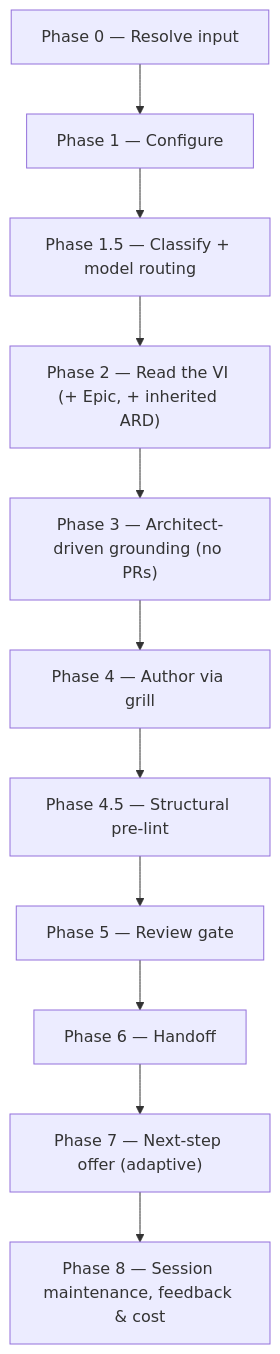
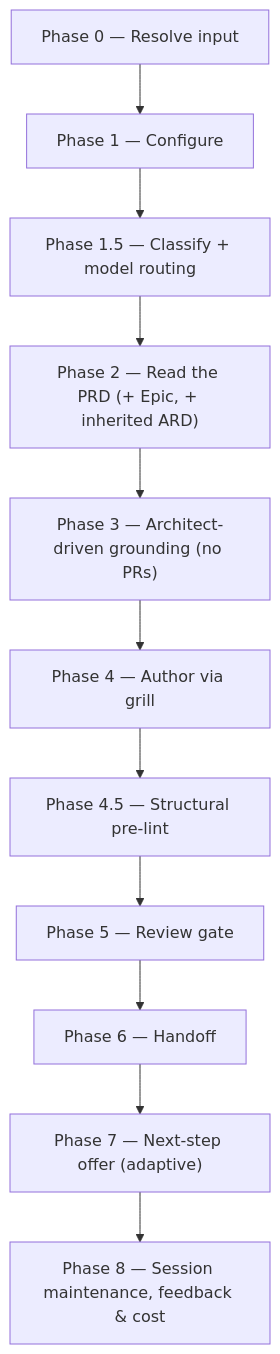
Before and after one commit to ihudak/ihudak-claude-plugins: the diagram in plugins/dev-workflows/docs/commands/create-ard.md, drawn with Mermaid. The commit also changed other lines of this file and 102 other files, not shown here.

````diff
--- a/plugins/dev-workflows/docs/commands/create-ard.md
+++ b/plugins/dev-workflows/docs/commands/create-ard.md
@@ -19,13 +19,13 @@
 ```mermaid
 flowchart TD
     p0["Phase 0 — Resolve input"] --> p1["Phase 1 — Configure"]
     p1 --> p15["Phase 1.5 — Classify + model routing"]
-    p15 --> p2["Phase 2 — Read the VI (+ Epic, + inherited ARD)"]
+    p15 --> p2["Phase 2 — Read the PRD (+ Epic, + inherited ARD)"]
     p2 --> p3["Phase 3 — Architect-driven grounding (no PRs)"]
     p3 --> p4["Phase 4 — Author via grill"]
     p4 --> p45["Phase 4.5 — Structural pre-lint"]
     p45 --> p5["Phase 5 — Review gate"]
     p5 --> p6["Phase 6 — Handoff"]
     p6 --> p7["Phase 7 — Next-step offer (adaptive)"]
     p7 --> p8["Phase 8 — Session maintenance, feedback & cost"]
 ```
````
